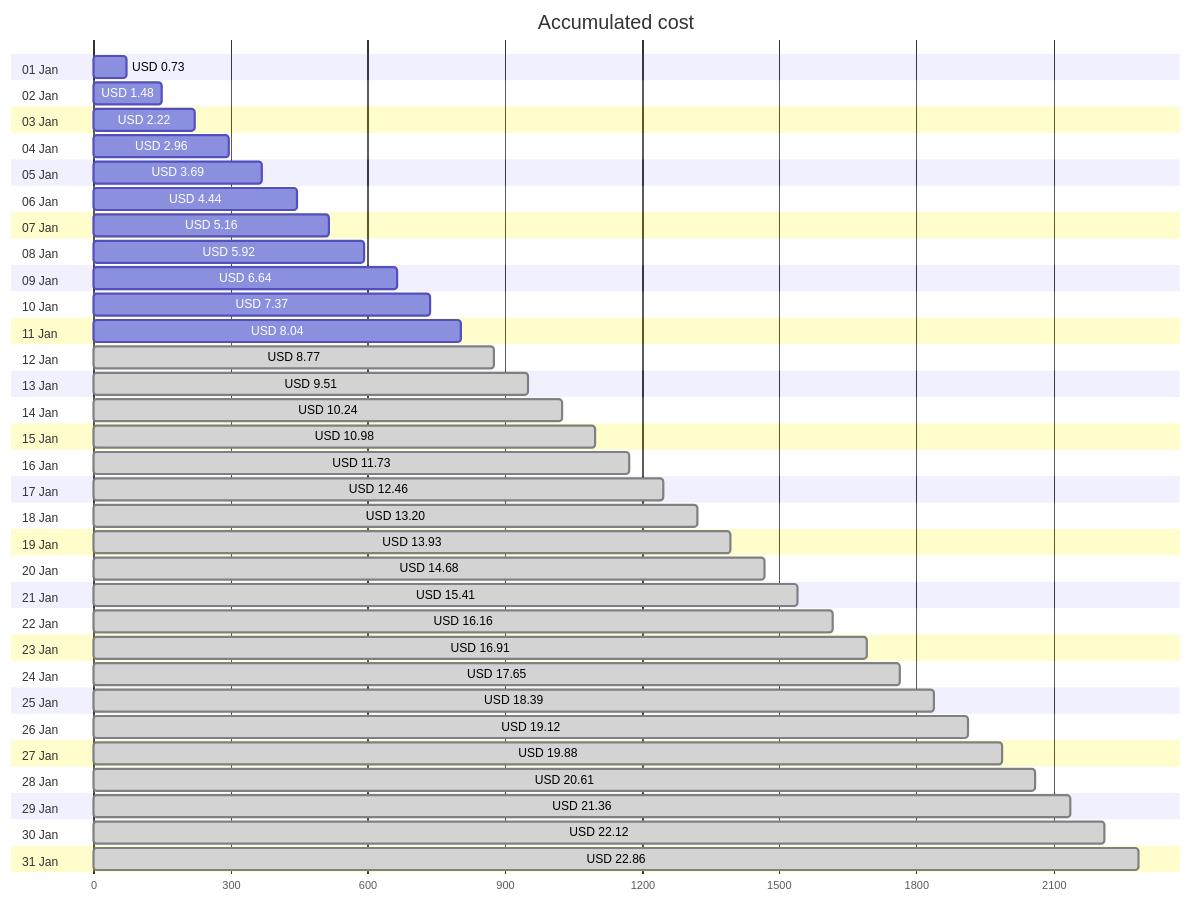
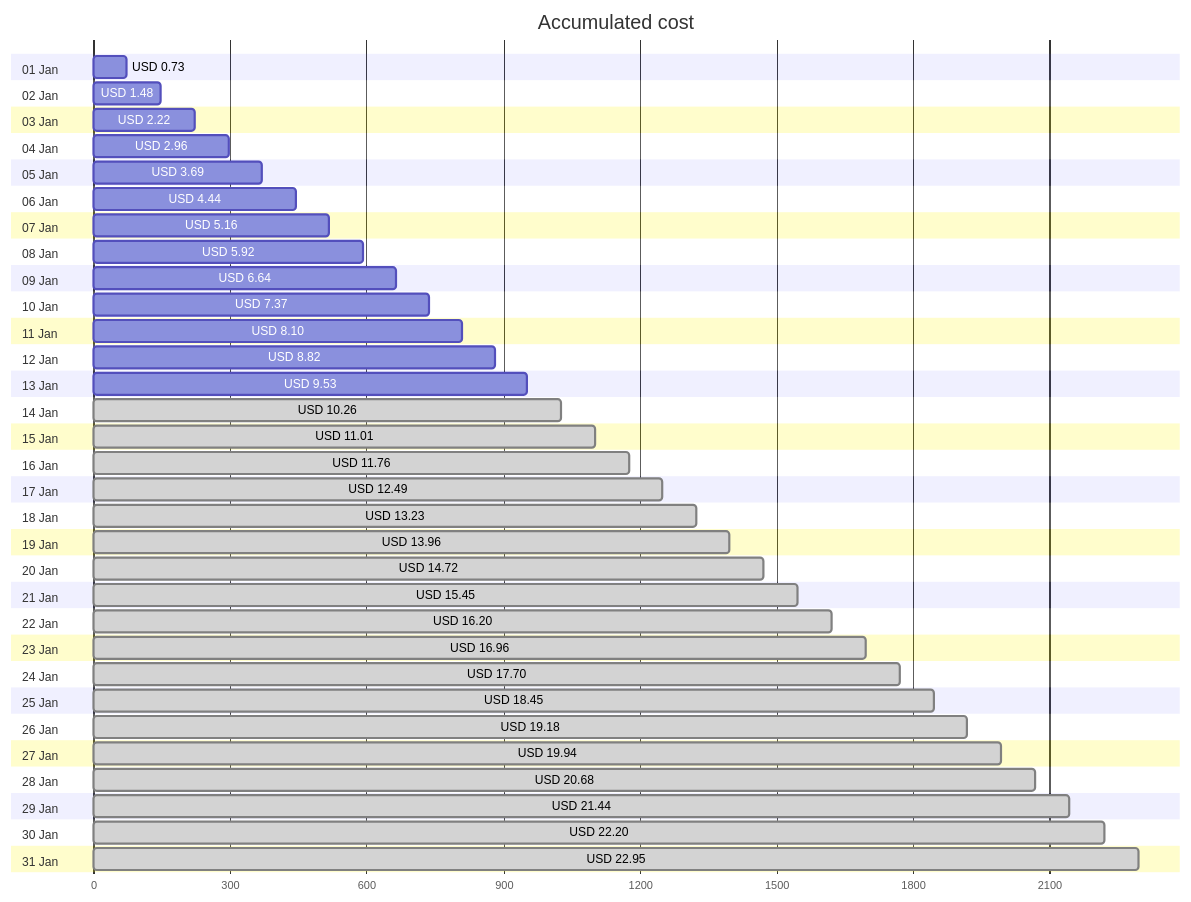
One commit to jpfulton/azure-personal-reports changed the first of 4 diagrams in cost-reports/personal-network/backup-server-data-disk.md. Above: the diagram before and after it, drawn with Mermaid. The commit also changed other lines of this file and 8 other files, not shown here.

````diff
--- a/cost-reports/personal-network/backup-server-data-disk.md
+++ b/cost-reports/personal-network/backup-server-data-disk.md
@@ -20,68 +20,68 @@
 ```mermaid
 gantt
    title Accumulated cost
    dateFormat  X
    axisFormat %s
    section 01 Jan
    USD 0.73 :0, 73
    section 02 Jan
    USD 1.48 :0, 148
    section 03 Jan
    USD 2.22 :0, 222
    section 04 Jan
    USD 2.96 :0, 296
    section 05 Jan
    USD 3.69 :0, 369
    section 06 Jan
    USD 4.44 :0, 444
    section 07 Jan
    USD 5.16 :0, 516
    section 08 Jan
    USD 5.92 :0, 592
    section 09 Jan
    USD 6.64 :0, 664
    section 10 Jan
    USD 7.37 :0, 737
    section 11 Jan
-   USD 8.04 :0, 804
+   USD 8.10 :0, 810
    section 12 Jan
-   USD 8.77 : done, 0, 877
+   USD 8.82 :0, 882
    section 13 Jan
-   USD 9.51 : done, 0, 951
+   USD 9.53 :0, 953
    section 14 Jan
-   USD 10.24 : done, 0, 1024
+   USD 10.26 : done, 0, 1026
    section 15 Jan
-   USD 10.98 : done, 0, 1098
+   USD 11.01 : done, 0, 1101
    section 16 Jan
-   USD 11.73 : done, 0, 1173
+   USD 11.76 : done, 0, 1176
    section 17 Jan
-   USD 12.46 : done, 0, 1246
+   USD 12.49 : done, 0, 1249
    section 18 Jan
-   USD 13.20 : done, 0, 1320
+   USD 13.23 : done, 0, 1323
    section 19 Jan
-   USD 13.93 : done, 0, 1393
+   USD 13.96 : done, 0, 1396
    section 20 Jan
-   USD 14.68 : done, 0, 1468
+   USD 14.72 : done, 0, 1472
    section 21 Jan
-   USD 15.41 : done, 0, 1541
+   USD 15.45 : done, 0, 1545
    section 22 Jan
-   USD 16.16 : done, 0, 1616
+   USD 16.20 : done, 0, 1620
    section 23 Jan
-   USD 16.91 : done, 0, 1691
+   USD 16.96 : done, 0, 1696
    section 24 Jan
-   USD 17.65 : done, 0, 1765
+   USD 17.70 : done, 0, 1770
    section 25 Jan
-   USD 18.39 : done, 0, 1839
+   USD 18.45 : done, 0, 1845
    section 26 Jan
-   USD 19.12 : done, 0, 1912
+   USD 19.18 : done, 0, 1918
    section 27 Jan
-   USD 19.88 : done, 0, 1988
+   USD 19.94 : done, 0, 1994
    section 28 Jan
-   USD 20.61 : done, 0, 2061
+   USD 20.68 : done, 0, 2068
    section 29 Jan
-   USD 21.36 : done, 0, 2136
+   USD 21.44 : done, 0, 2144
    section 30 Jan
-   USD 22.12 : done, 0, 2212
+   USD 22.20 : done, 0, 2220
    section 31 Jan
-   USD 22.86 : done, 0, 2286
+   USD 22.95 : done, 0, 2295
 ```
````
